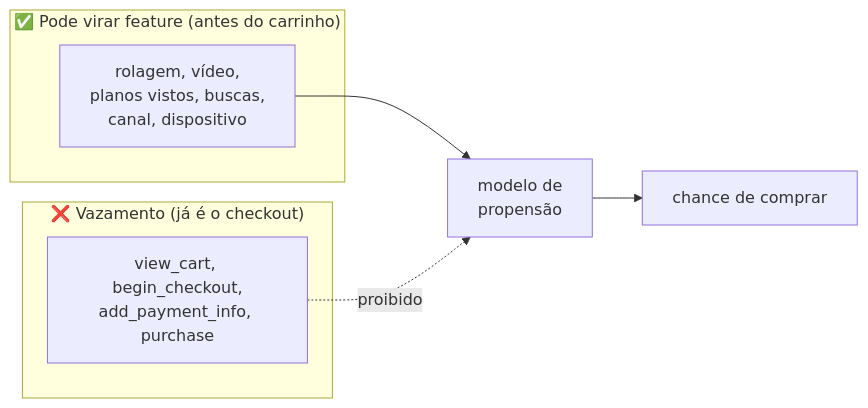
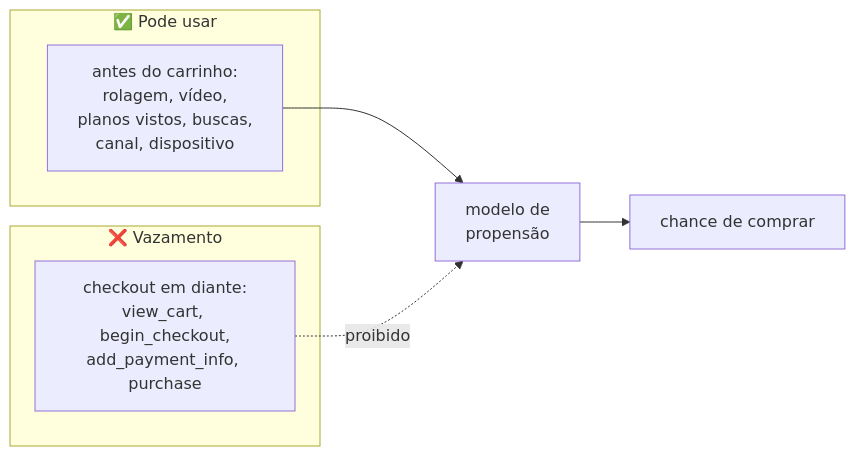
The seventh of 8 diagrams in docs/ENUNCIADO.md (sertaoseracloud/projeto-final-tracking), drawn with Mermaid before and after one commit. The commit also changed 2 other files, not shown here.

Commit message:
Docs: corrige três rótulos de diagramas Mermaid vistos no navegador
- README: &lt;seus jobs&gt; sumia no desenho; vira pipeline/seus_jobs.py
- SETUP: "1. Instalar…" era lido como lista (Unsupported markdown: list)
- ENUNCIADO: títulos dos grupos de features eram cortados

````diff
--- a/docs/ENUNCIADO.md
+++ b/docs/ENUNCIADO.md
@@ -322,12 +322,12 @@
 ```mermaid
 flowchart LR
-    subgraph PODE["✅ Pode virar feature (antes do carrinho)"]
-        f1["rolagem, vídeo,<br/>planos vistos, buscas,<br/>canal, dispositivo"]
+    subgraph PODE["✅ Pode usar"]
+        f1["antes do carrinho:<br/>rolagem, vídeo,<br/>planos vistos, buscas,<br/>canal, dispositivo"]
     end
-    subgraph NAO["❌ Vazamento (já é o checkout)"]
-        f2["view_cart, begin_checkout,<br/>add_payment_info, purchase"]
+    subgraph NAO["❌ Vazamento"]
+        f2["checkout em diante:<br/>view_cart, begin_checkout,<br/>add_payment_info, purchase"]
     end
     f1 --> m["modelo de<br/>propensão"]
     f2 -.->|"proibido"| m
     m --> p["chance de comprar"]
 ```
````
